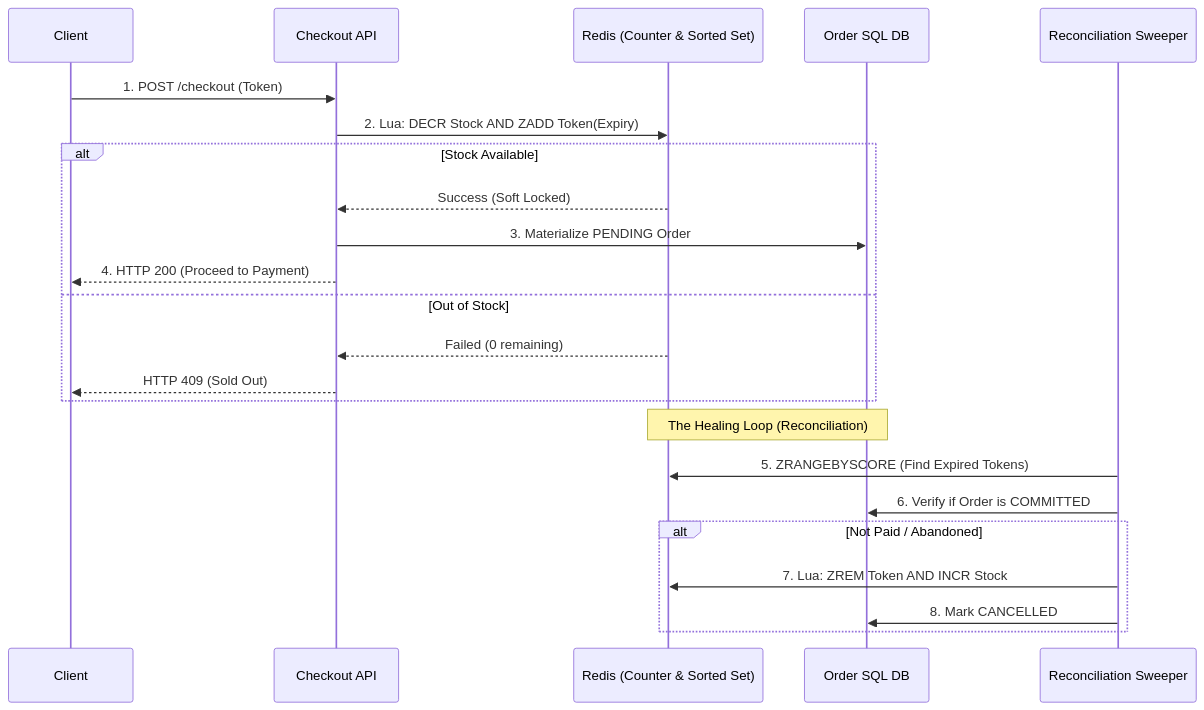
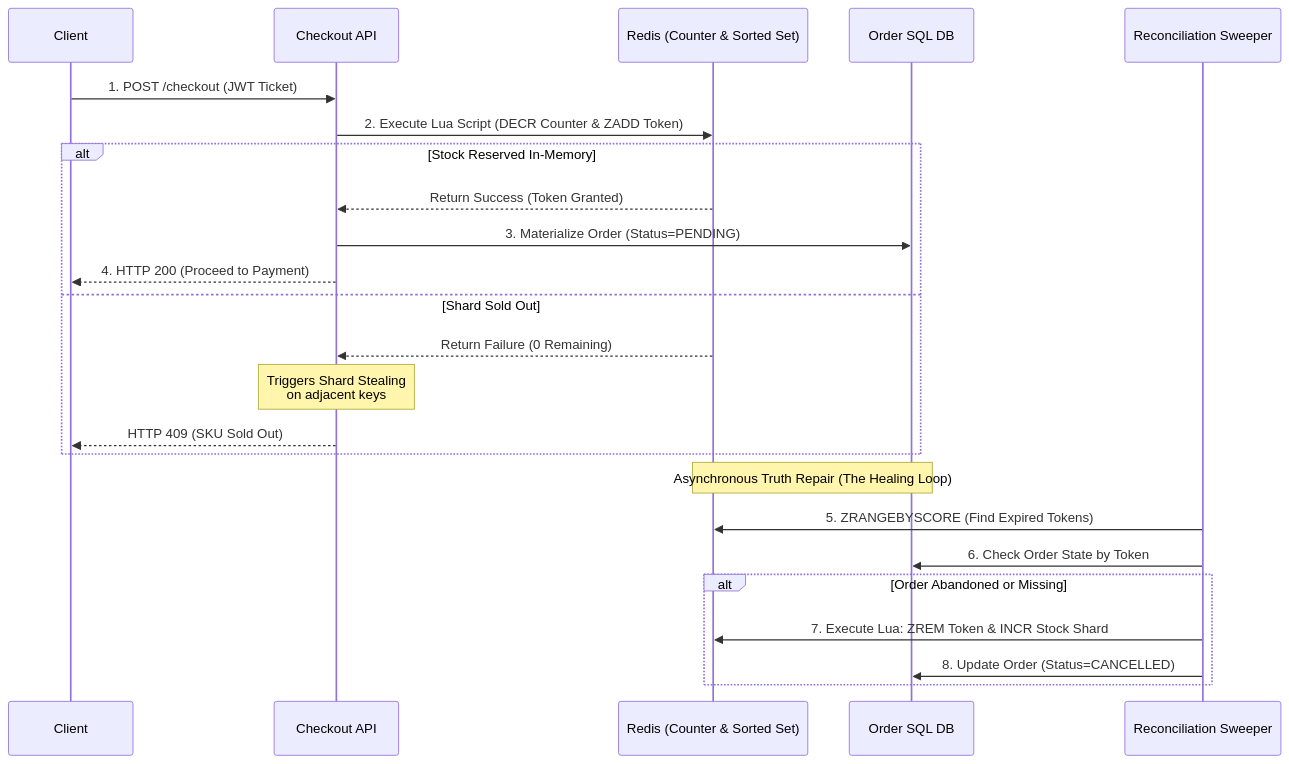
One commit to tuanhiep/tuanhiep.github.io changed the diagram in content/posts/series_3/3.global_flash_sale_engine_inventory.md. Above: the diagram before and after it, drawn with Mermaid. The commit also changed other lines of this file, not shown here.

````diff
--- a/content/posts/series_3/3.global_flash_sale_engine_inventory.md
+++ b/content/posts/series_3/3.global_flash_sale_engine_inventory.md
@@ -120,29 +152,30 @@
 ```mermaid
 sequenceDiagram
     participant C as Client
     participant API as Checkout API
     participant R as Redis (Counter & Sorted Set)
     participant DB as Order SQL DB
     participant W as Reconciliation Sweeper
 
-    C->>API: 1. POST /checkout (Token)
-    API->>R: 2. Lua: DECR Stock AND ZADD Token(Expiry)
+    C->>API: 1. POST /checkout (JWT Ticket)
+    API->>R: 2. Execute Lua Script (DECR Counter & ZADD Token)
     
-    alt Stock Available
-        R-->>API: Success (Soft Locked)
-        API->>DB: 3. Materialize PENDING Order
+    alt Stock Reserved In-Memory
+        R-->>API: Return Success (Token Granted)
+        API->>DB: 3. Materialize Order (Status=PENDING)
         API-->>C: 4. HTTP 200 (Proceed to Payment)
-    else Out of Stock
-        R-->>API: Failed (0 remaining)
-        API-->>C: HTTP 409 (Sold Out)
+    else Shard Sold Out
+        R-->>API: Return Failure (0 Remaining)
+        Note over API: Triggers Shard Stealing<br/>on adjacent keys
+        API-->>C: HTTP 409 (SKU Sold Out)
     end
 
-    Note over R,DB: The Healing Loop (Reconciliation)
+    Note over R,DB: Asynchronous Truth Repair (The Healing Loop)
     W->>R: 5. ZRANGEBYSCORE (Find Expired Tokens)
-    W->>DB: 6. Verify if Order is COMMITTED
-    alt Not Paid / Abandoned
-        W->>R: 7. Lua: ZREM Token AND INCR Stock
-        W->>DB: 8. Mark CANCELLED
+    W->>DB: 6. Check Order State by Token
+    alt Order Abandoned or Missing
+        W->>R: 7. Execute Lua: ZREM Token & INCR Stock Shard
+        W->>DB: 8. Update Order (Status=CANCELLED)
     end
 
 ```
````
